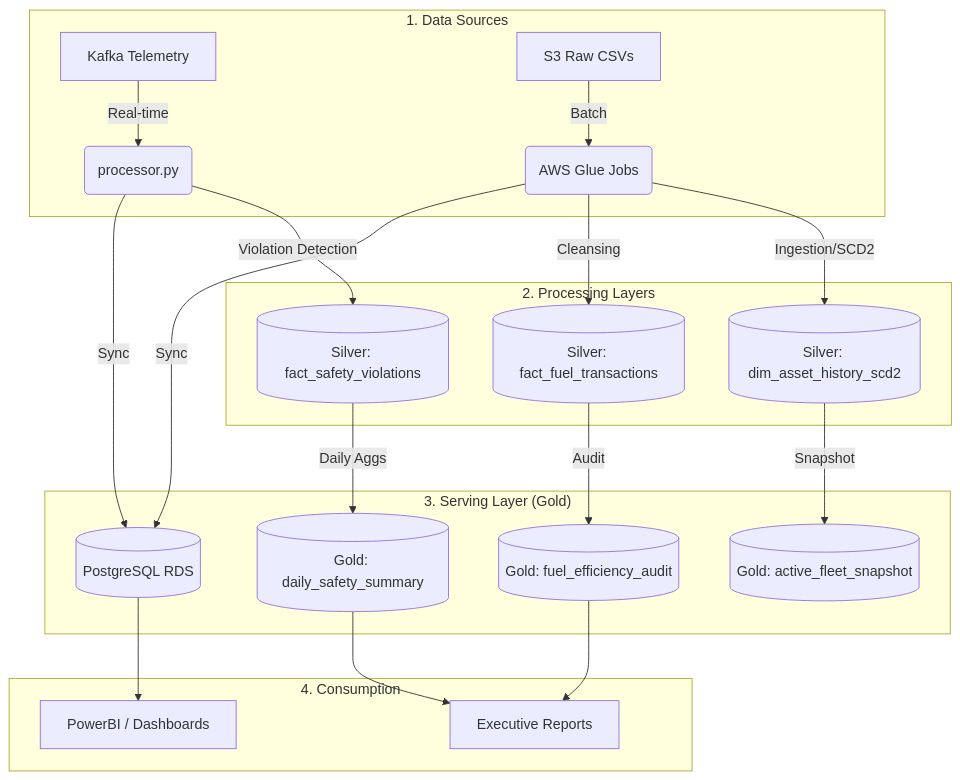
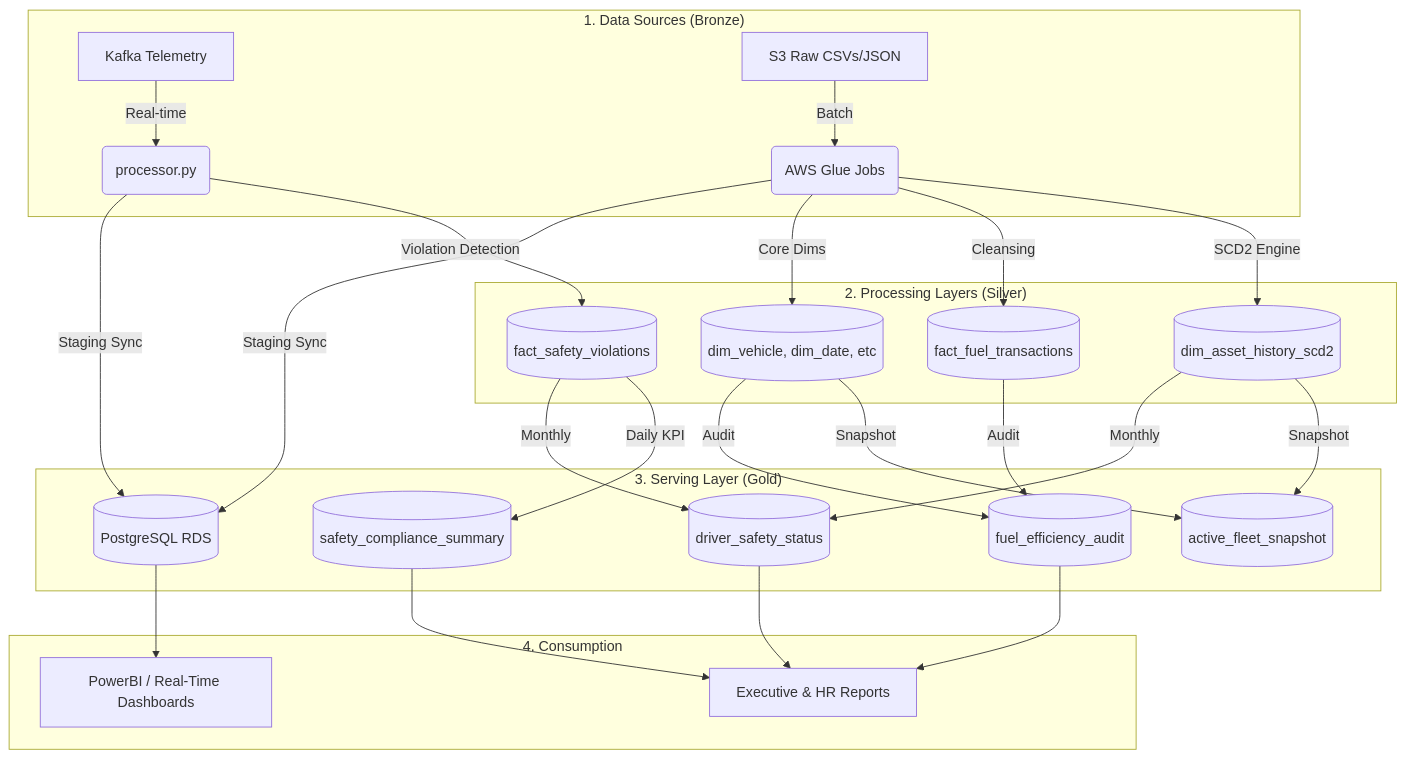
Before and after one commit to lakshaya-papnai/Group2_POC_Bootcamp_Project: the diagram in README.md, drawn with Mermaid. The commit also changed other lines of this file, not shown here.

````diff
--- a/README.md
+++ b/README.md
@@ -14,25 +14,27 @@
 ```mermaid
 graph TD
-    subgraph "1. Data Sources"
+    subgraph "1. Data Sources (Bronze)"
         A[Kafka Telemetry] -->|Real-time| B(processor.py)
-        C[S3 Raw CSVs] -->|Batch| D(AWS Glue Jobs)
+        C[S3 Raw CSVs/JSON] -->|Batch| D(AWS Glue Jobs)
     end
 
-    subgraph "2. Processing Layers"
-        B -->|Violation Detection| E[(Silver: fact_safety_violations)]
-        D -->|Ingestion/SCD2| F[(Silver: dim_asset_history_scd2)]
-        D -->|Cleansing| G[(Silver: fact_fuel_transactions)]
+    subgraph "2. Processing Layers (Silver)"
+        B -->|Violation Detection| E[(fact_safety_violations)]
+        D -->|SCD2 Engine| F[(dim_asset_history_scd2)]
+        D -->|Cleansing| G[(fact_fuel_transactions)]
+        D -->|Core Dims| DIMS[(dim_vehicle, dim_date, etc)]
     end
 
     subgraph "3. Serving Layer (Gold)"
-        E -->|Daily Aggs| H[(Gold: daily_safety_summary)]
-        F -->|Snapshot| I[(Gold: active_fleet_snapshot)]
-        G -->|Audit| J[(Gold: fuel_efficiency_audit)]
-        B & D -->|Sync| K[(PostgreSQL RDS)]
+        E -->|Daily KPI| H[(safety_compliance_summary)]
+        F & DIMS -->|Snapshot| I[(active_fleet_snapshot)]
+        G & DIMS -->|Audit| J[(fuel_efficiency_audit)]
+        E & F -->|Monthly| M[(driver_safety_status)]
+        B & D -->|Staging Sync| K[(PostgreSQL RDS)]
     end
 
     subgraph "4. Consumption"
-        K --> L[PowerBI / Dashboards]
-        H & J --> M[Executive Reports]
+        K --> L[PowerBI / Real-Time Dashboards]
+        H & J & M --> EX[Executive & HR Reports]
     end
 ```
````
